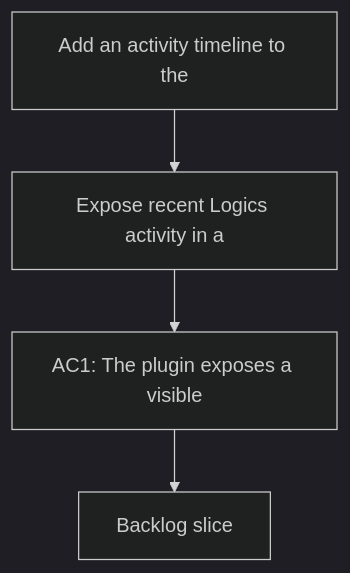
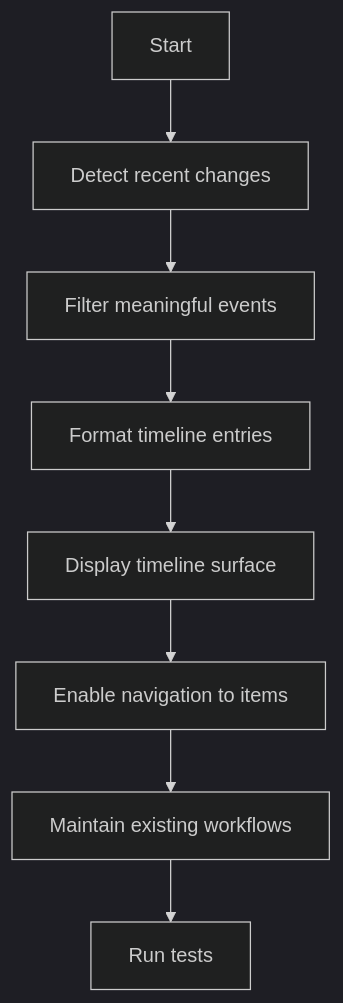
The diagram in logics/request/req_041_add_activity_timeline_to_the_plugin.md (AlexAgo83/logics-manager), drawn with Mermaid (dark theme) before and after one commit. The commit also changed other lines of this file and 54 other files, not shown here.

````diff
--- a/logics/request/req_041_add_activity_timeline_to_the_plugin.md
+++ b/logics/request/req_041_add_activity_timeline_to_the_plugin.md
@@ -10,8 +10,12 @@
 ```mermaid
 %% logics-kind: request
 %% logics-signature: request|add-an-activity-timeline-to-the-plugin|expose-recent-logics-activity-in-a|ac1-the-plugin-exposes-a-visible
 flowchart TD
-    Trigger[Add an activity timeline to the] --> Need[Expose recent Logics activity in a]
-    Need --> Outcome[AC1: The plugin exposes a visible]
-    Outcome --> Backlog[Backlog slice]
+    A[Start] --> B[Detect recent changes]
+    B --> C[Filter meaningful events]
+    C --> D[Format timeline entries]
+    D --> E[Display timeline surface]
+    E --> F[Enable navigation to items]
+    F --> G[Maintain existing workflows]
+    G --> H[Run tests]
 ```
````
